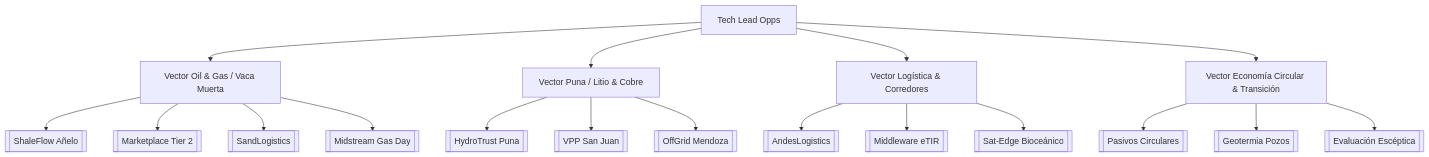
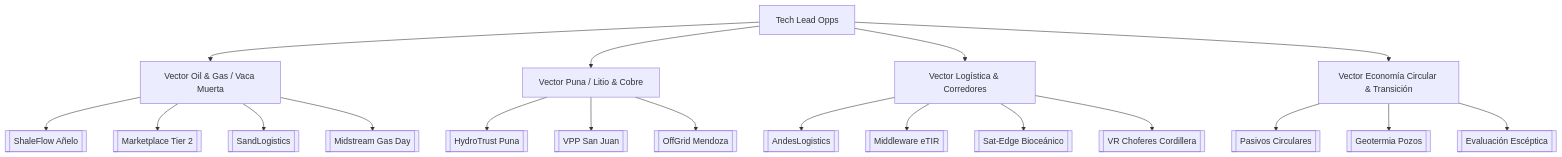
Before and after one commit to GustavoDago/argentina-mining-vault: the diagram in wiki/05 Tech Lead Opps/00_Index_Tech_Lead_Opps.md, drawn with Mermaid. The commit also changed other lines of this file and 56 other files, not shown here.

````diff
--- a/wiki/05 Tech Lead Opps/00_Index_Tech_Lead_Opps.md
+++ b/wiki/05 Tech Lead Opps/00_Index_Tech_Lead_Opps.md
@@ -131,24 +138,25 @@
 ```mermaid
 graph TD
     Sub[Tech Lead Opps] --> OG[Vector Oil & Gas / Vaca Muerta]
     Sub --> Puna[Vector Puna / Litio & Cobre]
     Sub --> Log[Vector Logística & Corredores]
     Sub --> Circ[Vector Economía Circular & Transición]
 
     OG --> ShaleFlow[[ShaleFlow Añelo]]
     OG --> MktTier2[[Marketplace Tier 2]]
     OG --> SandLog[[SandLogistics]]
     OG --> Midstream[[Midstream Gas Day]]
 
     Puna --> HydroTrust[[HydroTrust Puna]]
     Puna --> VPP[[VPP San Juan]]
     Puna --> OffGrid[[OffGrid Mendoza]]
 
     Log --> AndesLog[[AndesLogistics]]
     Log --> TIR[[Middleware eTIR]]
     Log --> SatEdge[[Sat-Edge Bioceánico]]
+    Log --> VRDriver[[VR Choferes Cordillera]]
 
     Circ --> Pasivos[[Pasivos Circulares]]
     Circ --> Geo[[Geotermia Pozos]]
     Circ --> EvalTech[[Evaluación Escéptica]]
 ```
````
